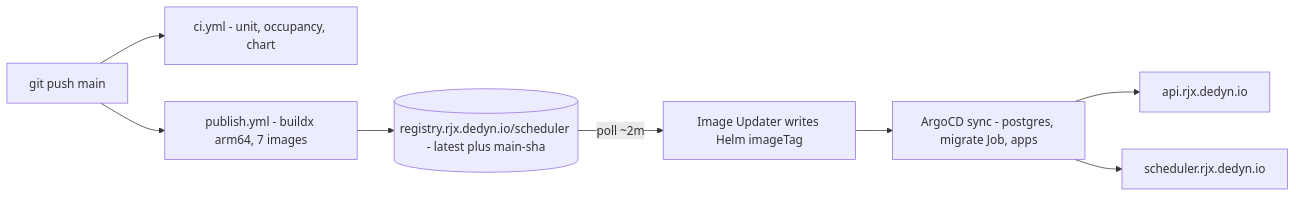
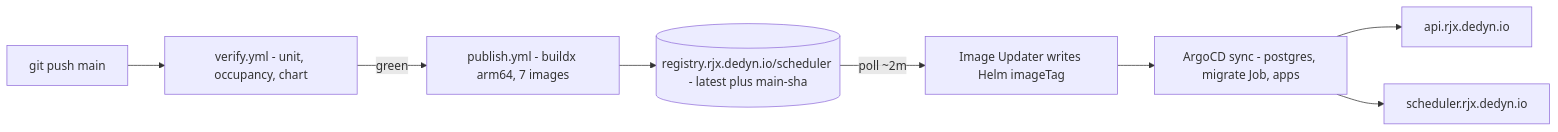
The diagram in README.md (athandoan/unified-service-scheduler), drawn with Mermaid before and after one commit. The commit also changed other lines of this file and 3 other files, not shown here.

Commit message:
feat: gate publish on green verify, rename ci to verify

````diff
--- a/README.md
+++ b/README.md
@@ -86,10 +86,10 @@
 ```mermaid
 flowchart LR
-    push[git push main] --> CI[ci.yml - unit, occupancy, chart]
-    push --> PUB[publish.yml - buildx arm64, 7 images]
+    push[git push main] --> VER[verify.yml - unit, occupancy, chart]
+    VER -->|green| PUB[publish.yml - buildx arm64, 7 images]
     PUB --> REG[(registry.rjx.dedyn.io/scheduler - latest plus main-sha)]
     REG -->|poll ~2m| UPD[Image Updater writes Helm imageTag]
     UPD --> ARGO[ArgoCD sync - postgres, migrate Job, apps]
     ARGO --> BE[api.rjx.dedyn.io]
     ARGO --> FE[scheduler.rjx.dedyn.io]
 ```
````
